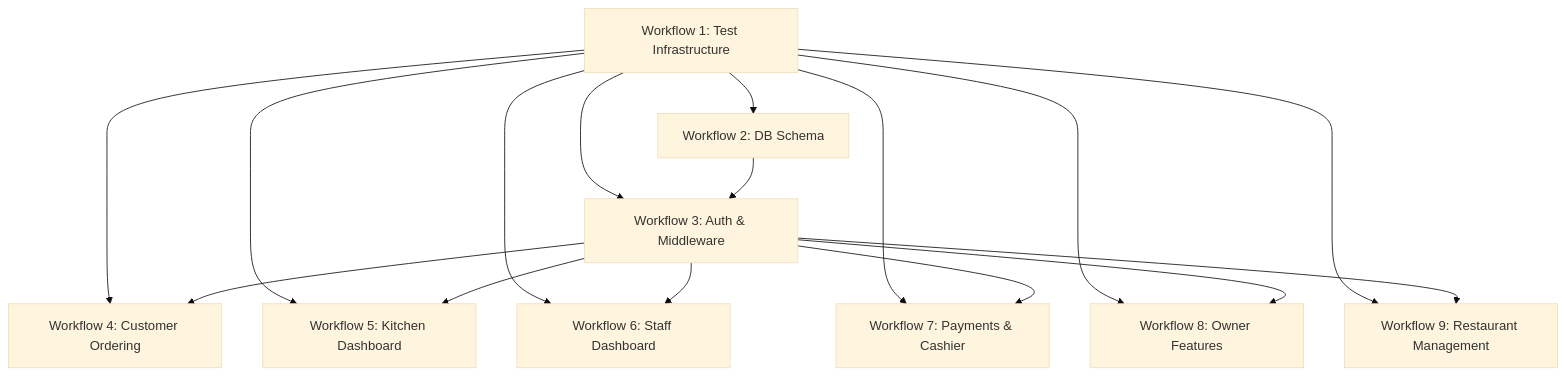
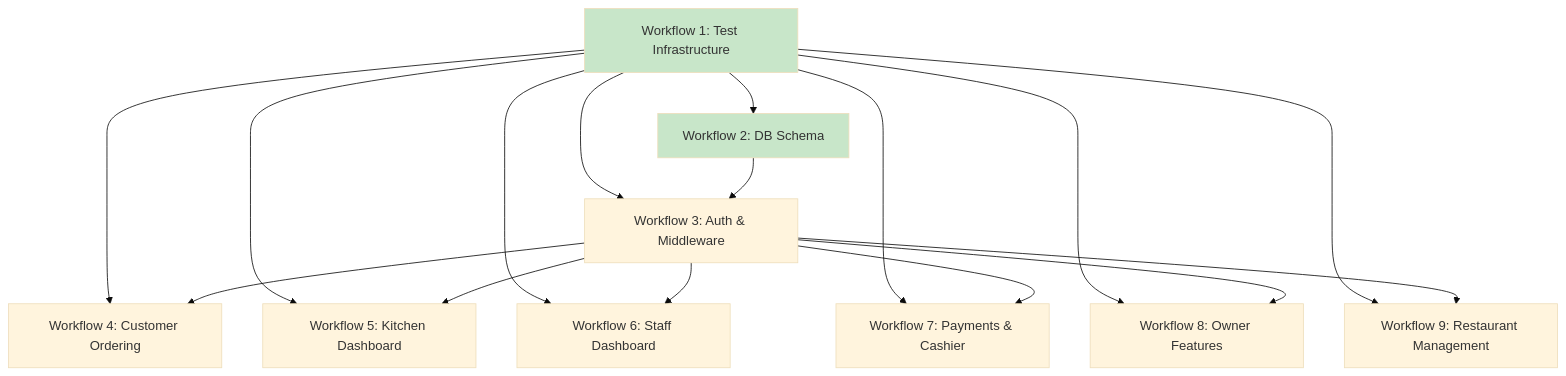
One commit to vibe-code-tours/team-06-app changed the diagram in docs/workflow.md. Above: the diagram before and after it, drawn with Mermaid (base theme). The commit also changed other lines of this file and 2 other files, not shown here.

Commit message:
docs: add DB Schema workflow doc and update workflow index

````diff
--- a/docs/workflow.md
+++ b/docs/workflow.md
@@ -13,19 +14,22 @@
 ```mermaid
 graph TD
     W1[Workflow 1: Test Infrastructure] --> W2[Workflow 2: DB Schema]
     W1 --> W3[Workflow 3: Auth & Middleware]
     W1 --> W4[Workflow 4: Customer Ordering]
     W1 --> W5[Workflow 5: Kitchen Dashboard]
     W1 --> W6[Workflow 6: Staff Dashboard]
     W1 --> W7[Workflow 7: Payments & Cashier]
     W1 --> W8[Workflow 8: Owner Features]
     W1 --> W9[Workflow 9: Restaurant Management]
 
     W2 --> W3
     W3 --> W4
     W3 --> W5
     W3 --> W6
     W3 --> W7
     W3 --> W8
     W3 --> W9
+
+    style W1 fill:#c8e6c9
+    style W2 fill:#c8e6c9
 ```
````
